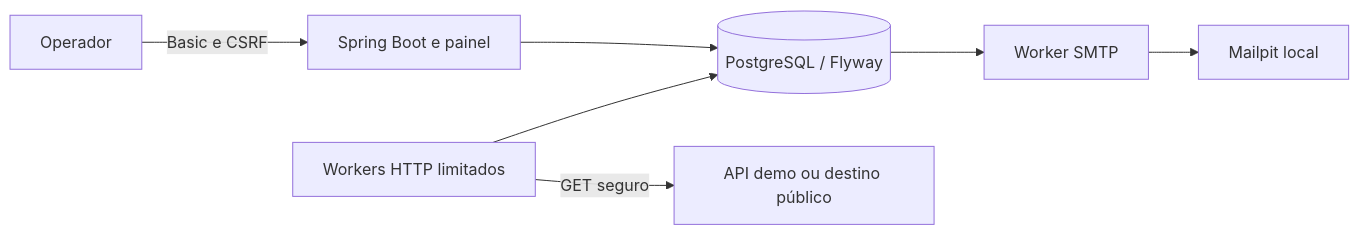
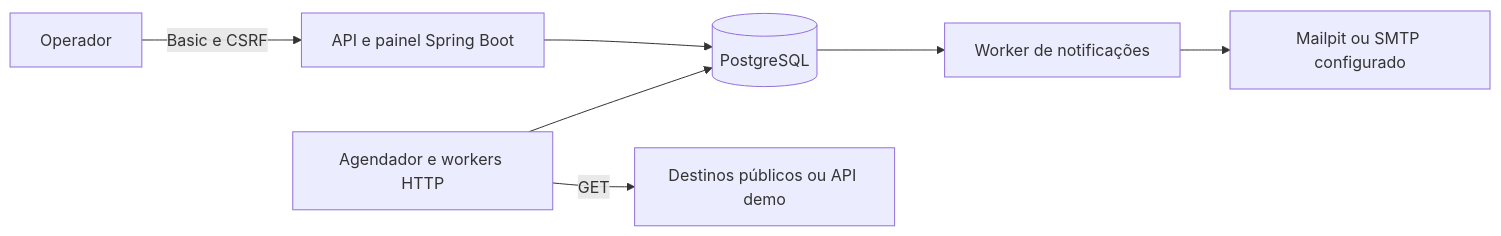
The diagram in README.md (AugustoEngel010/monitor-disponibilidade), drawn with Mermaid before and after one commit. The commit also changed other lines of this file, not shown here.

````diff
--- a/README.md
+++ b/README.md
@@ -109,9 +192,9 @@
 ```mermaid
 flowchart LR
-  Operador -->|Basic e CSRF| App[Spring Boot e painel]
-  App --> DB[(PostgreSQL / Flyway)]
-  Scheduler[Workers HTTP limitados] -->|GET seguro| Destinos[API demo ou destino público]
-  Scheduler --> DB
-  DB --> Outbox[Worker SMTP]
-  Outbox --> Mailpit[Mailpit local]
+    Operador -->|Basic e CSRF| App[API e painel Spring Boot]
+    App --> DB[(PostgreSQL)]
+    HTTP[Agendador e workers HTTP] -->|GET| Alvos[Destinos públicos ou API demo]
+    HTTP --> DB
+    DB --> SMTP[Worker de notificações]
+    SMTP --> Email[Mailpit ou SMTP configurado]
 ```
````
